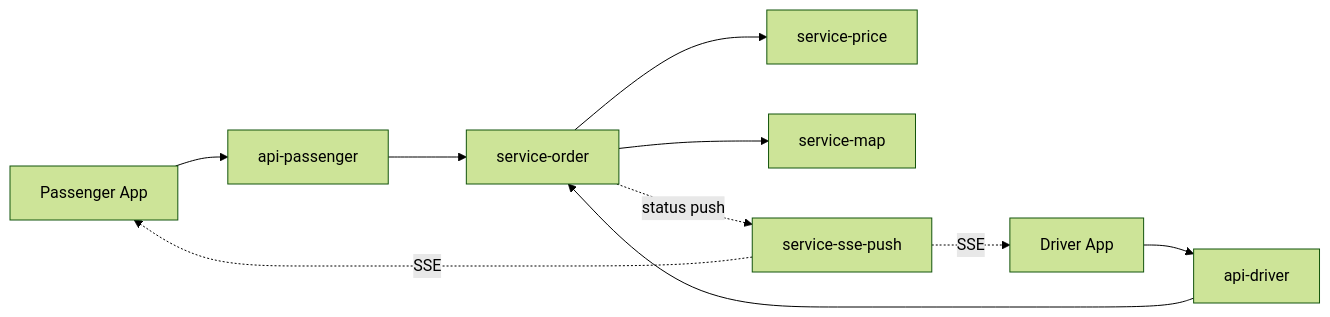
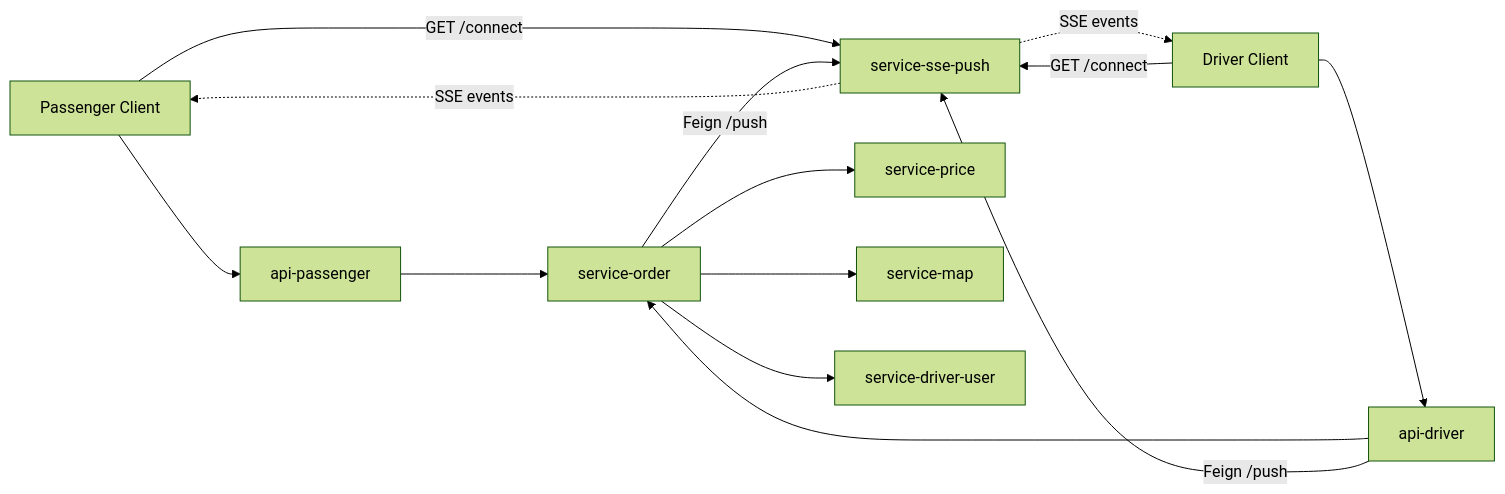
The third of 3 diagrams in README.md (Ninika369/Fly_Taxi), drawn with Mermaid (forest theme) before and after one commit. The commit also changed other lines of this file, not shown here.

Commit message:
docs(readme): align architecture, security, and runtime claims (#25)

````diff
--- a/README.md
+++ b/README.md
@@ -100,12 +116,16 @@
 ```mermaid
 flowchart LR
-    Passenger[Passenger App] --> AP[api-passenger]
-    Driver[Driver App] --> AD[api-driver]
-    AP --> O[service-order]
+    Passenger["Passenger Client"] --> AP["api-passenger"]
+    Driver["Driver Client"] --> AD["api-driver"]
+    Passenger -- "GET /connect" --> EV["service-sse-push"]
+    Driver -- "GET /connect" --> EV
+    AP --> O["service-order"]
     AD --> O
-    O --> PR[service-price]
-    O --> M[service-map]
-    O -. status push .-> EV[service-sse-push]
-    EV -. SSE .-> Passenger
-    EV -. SSE .-> Driver
+    O --> PR["service-price"]
+    O --> M["service-map"]
+    O --> DU["service-driver-user"]
+    O -- "Feign /push" --> EV
+    AD -- "Feign /push" --> EV
+    EV -. "SSE events" .-> Passenger
+    EV -. "SSE events" .-> Driver
 ```
````
